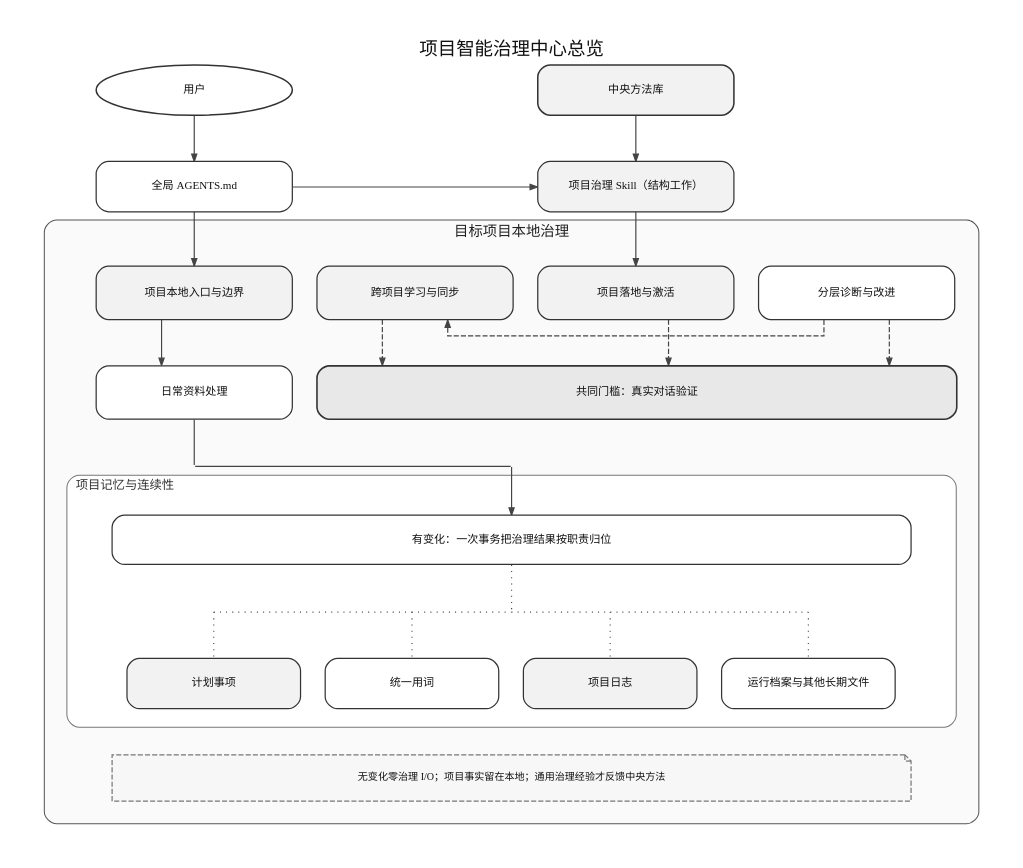
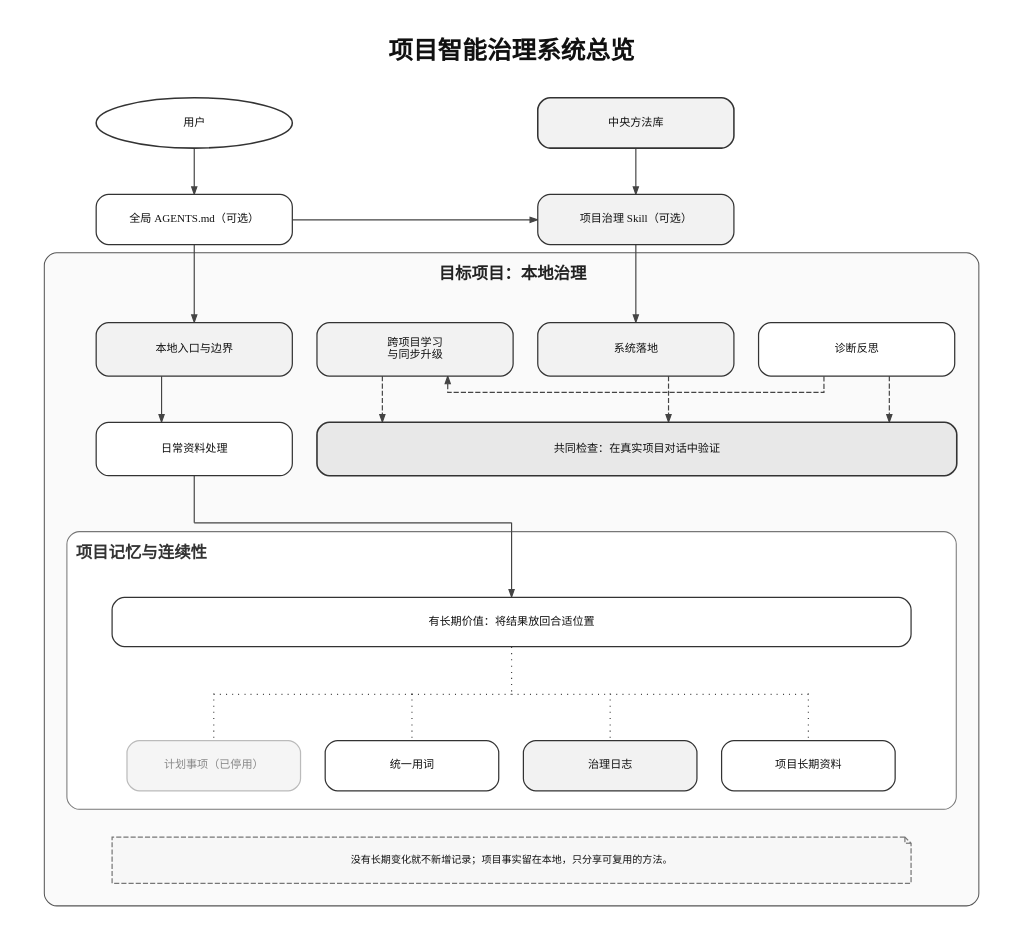
The diagram in docs/diagrams/system-architecture-zh-CN.dot (Richie521/intelligent-project-governance-system), drawn with Graphviz before and after one commit. The commit also changed 4 other files, not shown here.

```diff
--- a/docs/diagrams/system-architecture-zh-CN.dot
+++ b/docs/diagrams/system-architecture-zh-CN.dot
@@ -12,8 +12,8 @@
     outputorder=edgesfirst,
     fontname="Microsoft YaHei",
     fontcolor="#111111",
-    fontsize=18,
-    label="项目智能治理中心总览",
+    fontsize=24,
+    label=<<TABLE BORDER="0" CELLBORDER="0" CELLSPACING="0" CELLPADDING="0"><TR><TD><B>项目智能治理系统总览</B></TD></TR><TR><TD HEIGHT="22">&#160;</TD></TR></TABLE>>,
     labelloc=t,
     labeljust=c,
     audit_purpose="说明用户、全局规则、中央方法、治理技能、轻量治理事务和目标项目本地治理怎样组成当前系统",
@@ -63,7 +63,7 @@
     audit_size_group="top_peer"
   ];
   global [
-    label="全局 AGENTS.md",
+    label="全局 AGENTS.md（可选）",
     group=entry_col,
     width=2.65,
     height=0.68,
@@ -74,7 +74,7 @@
     audit_size_group="routing_peer"
   ];
   skill [
-    label="项目治理 Skill（结构工作）",
+    label="项目治理 Skill（可选）",
     group=landing_col,
     width=2.65,
     height=0.68,
@@ -87,17 +87,19 @@
   ];
 
   subgraph cluster_target {
-    label="目标项目本地治理";
+    fontsize=16;
+
+    label=<<TABLE BORDER="0" CELLBORDER="0" CELLSPACING="0" CELLPADDING="0"><TR><TD HEIGHT="10"><FONT POINT-SIZE="1">&#160;</FONT></TD></TR><TR><TD><B>目标项目：本地治理</B></TD></TR><TR><TD HEIGHT="10"><FONT POINT-SIZE="1">&#160;</FONT></TD></TR></TABLE>>;
     color="#555555";
     fillcolor="#FAFAFA";
     style="rounded,filled";
     fontname="Microsoft YaHei";
     fontcolor="#222222";
-    fontsize=14;
+    fontsize=16;
     margin=22;
 
     entry [
-      label="项目本地入口与边界",
+      label="本地入口与边界",
       group=entry_col,
       width=2.65,
       height=0.72,
@@ -109,7 +111,7 @@
       audit_size_group="local_role_peer"
     ];
     landing [
-      label="项目落地与激活",
+      label="系统落地",
       group=landing_col,
       width=2.65,
       height=0.72,
@@ -121,7 +123,7 @@
       audit_size_group="local_role_peer"
     ];
     diagnosis [
-      label="分层诊断与改进",
+      label="诊断反思",
       group=diagnosis_col,
       width=2.65,
       height=0.72,
@@ -132,7 +134,7 @@
       audit_size_group="local_role_peer"
     ];
     sync [
-      label="跨项目学习与同步",
+      label="跨项目学习\n与同步升级",
       group=sync_col,
       width=2.65,
       height=0.72,
@@ -156,7 +158,7 @@
       audit_size_group="local_role_peer"
     ];
     validation [
-      label="共同门槛：真实对话验证",
+      label="共同检查：在真实项目对话中验证",
       group=diagnosis_col,
       width=8.65,
       height=0.72,
@@ -174,19 +176,21 @@
     memory_turn_center [group=overview_center_col, audit_anchor="turn", audit_corridor="memory_entry_route"];
 
     subgraph cluster_memory {
-      label="项目记忆与连续性";
+    fontsize=16;
+
+      label=<<TABLE BORDER="0" CELLBORDER="0" CELLSPACING="0" CELLPADDING="0"><TR><TD HEIGHT="10"><FONT POINT-SIZE="1">&#160;</FONT></TD></TR><TR><TD><B>项目记忆与连续性</B></TD></TR><TR><TD HEIGHT="10"><FONT POINT-SIZE="1">&#160;</FONT></TD></TR></TABLE>>;
       color="#777777";
       fillcolor="#FFFFFF";
       style="rounded,filled";
       fontname="Microsoft YaHei";
       fontcolor="#333333";
-      fontsize=12;
+      fontsize=16;
       labeljust=l;
       margin=18;
 
       node [shape=box, fixedsize=true, style="rounded,filled", color="#333333", fillcolor="#FFFFFF"];
       memory_entry [
-        label="有变化：一次事务把治理结果按职责归位",
+        label="有长期价值：将结果放回合适位置",
         group=overview_center_col,
         width=10.8,
         height=0.66,
@@ -227,11 +231,13 @@
 
       node [shape=box, fixedsize=true, style="rounded,filled", color="#333333", fillcolor="#FFFFFF"];
       current_plan [
-        label="计划事项",
+        label="计划事项（已停用）",
         group=memory_1,
         width=2.35,
         height=0.68,
-        fillcolor="#F2F2F2",
+        fillcolor="#F5F5F5",
+        fontcolor="#888888",
+        color="#BBBBBB",
         audit_stage="project_memory",
         audit_order="06",
         audit_role="current_plan",
@@ -248,7 +254,7 @@
         audit_size_group="memory_components"
       ];
       project_log [
-        label="项目日志",
+        label="治理日志",
         group=memory_3,
         width=2.35,
         height=0.68,
@@ -259,7 +265,7 @@
         audit_size_group="memory_components"
       ];
       durable_files [
-        label="运行档案与其他长期文件",
+        label="项目长期资料",
         group=memory_4,
         width=2.35,
         height=0.68,
@@ -276,8 +282,7 @@
         audit_head_side="top",
         audit_route_kind="normal",
         audit_corridor="memory_bus",
-        audit_reason="从居中的归位节点进入项目记忆分配线"
-      ];
+        audit_reason="从居中的归位节点进入项目记忆分配线", headclip=false];
       memory_anchor_1 -> memory_anchor_2 [
         style=dotted,
         arrowhead=none,
@@ -285,8 +290,7 @@
         audit_head_side="left",
         audit_route_kind="normal",
         audit_corridor="memory_bus",
-        audit_reason="同一条水平分配线"
-      ];
+        audit_reason="同一条水平分配线", tailclip=false, headclip=false];
       memory_anchor_2 -> memory_anchor_mid [
         style=dotted,
         arrowhead=none,
@@ -294,8 +298,7 @@
         audit_head_side="left",
         audit_route_kind="normal",
         audit_corridor="memory_bus",
-        audit_reason="同一条水平分配线"
-      ];
+        audit_reason="同一条水平分配线", tailclip=false, headclip=false];
       memory_anchor_mid -> memory_anchor_3 [
         style=dotted,
         arrowhead=none,
@@ -303,8 +306,7 @@
         audit_head_side="left",
         audit_route_kind="normal",
         audit_corridor="memory_bus",
-        audit_reason="同一条水平分配线"
-      ];
+        audit_reason="同一条水平分配线", tailclip=false, headclip=false];
       memory_anchor_3 -> memory_anchor_4 [
         style=dotted,
         arrowhead=none,
@@ -312,8 +314,7 @@
         audit_head_side="left",
         audit_route_kind="normal",
         audit_corridor="memory_bus",
-        audit_reason="同一条水平分配线"
-      ];
+        audit_reason="同一条水平分配线", tailclip=false, headclip=false];
       memory_anchor_1 -> current_plan [
         style=dotted,
         arrowhead=none,
@@ -321,8 +322,7 @@
         audit_head_side="top",
         audit_route_kind="branch",
         audit_corridor="memory_bus",
-        audit_reason="长期结果可以进入计划事项职责"
-      ];
+        audit_reason="长期结果可以进入计划事项职责", tailclip=false];
       memory_anchor_2 -> vocabulary [
         style=dotted,
         arrowhead=none,
@@ -330,8 +330,7 @@
         audit_head_side="top",
         audit_route_kind="branch",
         audit_corridor="memory_bus",
-        audit_reason="长期结果可以进入词汇职责"
-      ];
+        audit_reason="长期结果可以进入词汇职责", tailclip=false];
       memory_anchor_3 -> project_log [
         style=dotted,
         arrowhead=none,
@@ -339,8 +338,7 @@
         audit_head_side="top",
         audit_route_kind="branch",
         audit_corridor="memory_bus",
-        audit_reason="长期结果可以进入日志职责"
-      ];
+        audit_reason="长期结果可以进入日志职责", tailclip=false];
       memory_anchor_4 -> durable_files [
         style=dotted,
         arrowhead=none,
@@ -348,12 +346,11 @@
         audit_head_side="top",
         audit_route_kind="branch",
         audit_corridor="memory_bus",
-        audit_reason="长期结果可以进入其他长期文件职责"
-      ];
+        audit_reason="长期结果可以进入其他长期文件职责", tailclip=false];
 
       current_plan -> vocabulary -> project_log -> durable_files [style=invis, weight=1000];
-      memory_balance_left -> memory_entry [style=invis, weight=1000];
-      memory_entry -> memory_balance_right [style=invis, weight=1000];
+      memory_balance_left -> memory_entry [style=invis, weight=1000, tailclip=false];
+      memory_entry -> memory_balance_right [style=invis, weight=1000, headclip=false];
       { rank=same; memory_balance_left; memory_entry; memory_balance_right; }
       { rank=same; memory_anchor_1; memory_anchor_2; memory_anchor_mid; memory_anchor_3; memory_anchor_4; }
       { rank=same; current_plan; vocabulary; project_log; durable_files; }
@@ -362,7 +359,7 @@
     scope_note [
       shape=note,
       style="filled,dashed",
-      label="无变化零治理 I/O；项目事实留在本地；通用治理经验才反馈中央方法",
+      label="没有长期变化就不新增记录；项目事实留在本地，只分享可复用的方法。",
       width=10.8,
       height=0.62,
       fixedsize=true,
@@ -422,23 +419,20 @@
       audit_head_side="top",
       audit_route_kind="normal",
       audit_corridor="memory_entry_route",
-      audit_reason="日常资料结果尽早转向居中的项目记忆入口"
-    ];
+      audit_reason="日常资料结果尽早转向居中的项目记忆入口", headclip=false];
     memory_turn_left -> memory_turn_center [
       arrowhead=none,
       audit_tail_side="right",
       audit_head_side="left",
       audit_route_kind="normal",
       audit_corridor="memory_entry_route",
-      audit_reason="转向居中的项目记忆入口"
-    ];
+      audit_reason="转向居中的项目记忆入口", tailclip=false, headclip=false];
     memory_turn_center -> memory_entry [
       audit_tail_side="bottom",
       audit_head_side="top",
       audit_route_kind="normal",
       audit_corridor="memory_entry_route",
-      audit_reason="从上边中点进入居中的项目记忆入口"
-    ];
+      audit_reason="从上边中点进入居中的项目记忆入口", tailclip=false];
 
     entry -> landing [style=invis, weight=1000];
     landing -> diagnosis [style=invis, weight=1000];
```
